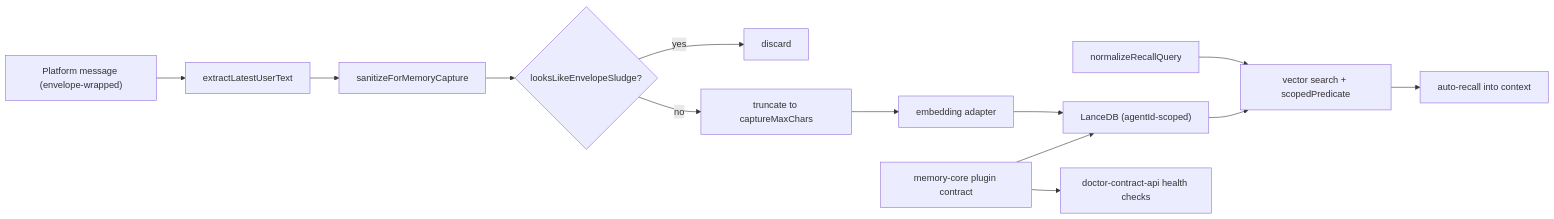
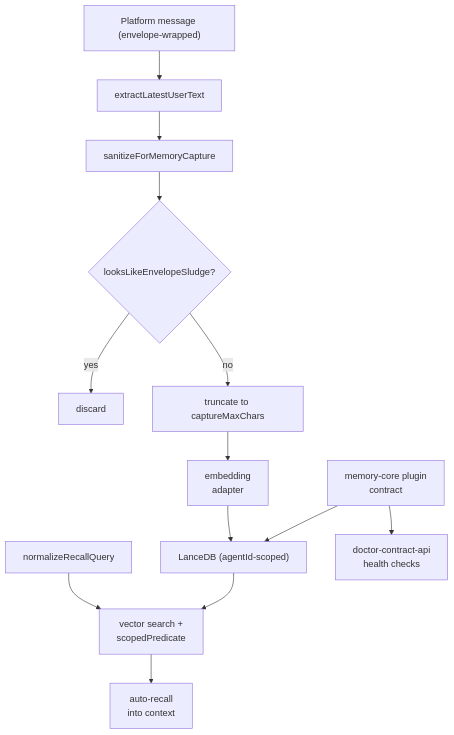
One commit to neoneye/agent-memory-atlas changed the diagram in content/systems/openclaw.md. Above: the diagram before and after it, drawn with Mermaid. The commit also changed 99 other files, not shown here.

First line of the commit message:
Reshape the remaining 49 diagrams so their labels are legible

````diff
--- a/content/systems/openclaw.md
+++ b/content/systems/openclaw.md
@@ -98,15 +98,15 @@
 ```mermaid
-flowchart LR
+flowchart TD
   Msg["Platform message (envelope-wrapped)"] --> Extract["extractLatestUserText"]
   Extract --> Sanitize["sanitizeForMemoryCapture"]
   Sanitize --> Sludge{"looksLikeEnvelopeSludge?"}
   Sludge -->|yes| Drop["discard"]
   Sludge -->|no| Cap["truncate to captureMaxChars"]
-  Cap --> Embed["embedding adapter"]
+  Cap --> Embed["embedding<br/>adapter"]
   Embed --> Store["LanceDB (agentId-scoped)"]
-  Query["normalizeRecallQuery"] --> Search["vector search + scopedPredicate"]
+  Query["normalizeRecallQuery"] --> Search["vector search +<br/>scopedPredicate"]
   Store --> Search
-  Search --> Ctx["auto-recall into context"]
-  Core["memory-core plugin contract"] --> Store
-  Core --> Doctor["doctor-contract-api health checks"]
+  Search --> Ctx["auto-recall<br/>into context"]
+  Core["memory-core plugin<br/>contract"] --> Store
+  Core --> Doctor["doctor-contract-api<br/>health checks"]
 ```
````
